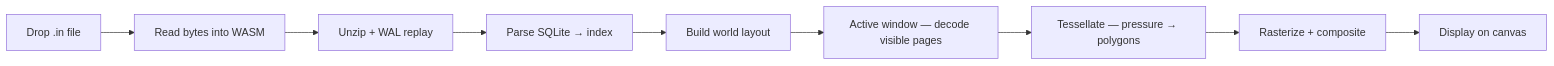
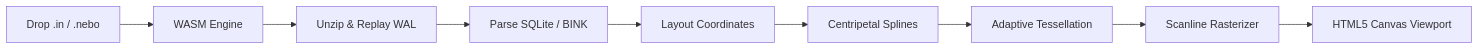
Before and after one commit to davidnoronha1/notein-export: the diagram in README.md, drawn with Mermaid. The commit also changed other lines of this file and 17 other files, not shown here.

````diff
--- a/README.md
+++ b/README.md
@@ -92,11 +75,11 @@
 ```mermaid
 flowchart LR
-    A[Drop .in file] --> B[Read bytes into WASM]
-    B --> C[Unzip + WAL replay]
-    C --> D[Parse SQLite → index]
-    D --> E[Build world layout]
-    E --> F[Active window — decode visible pages]
-    F --> G[Tessellate — pressure → polygons]
-    G --> H[Rasterize + composite]
-    H --> I[Display on canvas]
+    A[Drop .in / .nebo] --> B[WASM Engine]
+    B --> C[Unzip & Replay WAL]
+    C --> D[Parse SQLite / BINK]
+    D --> E[Layout Coordinates]
+    E --> F[Centripetal Splines]
+    F --> G[Adaptive Tessellation]
+    G --> H[Scanline Rasterizer]
+    H --> I[HTML5 Canvas Viewport]
 ```
````
